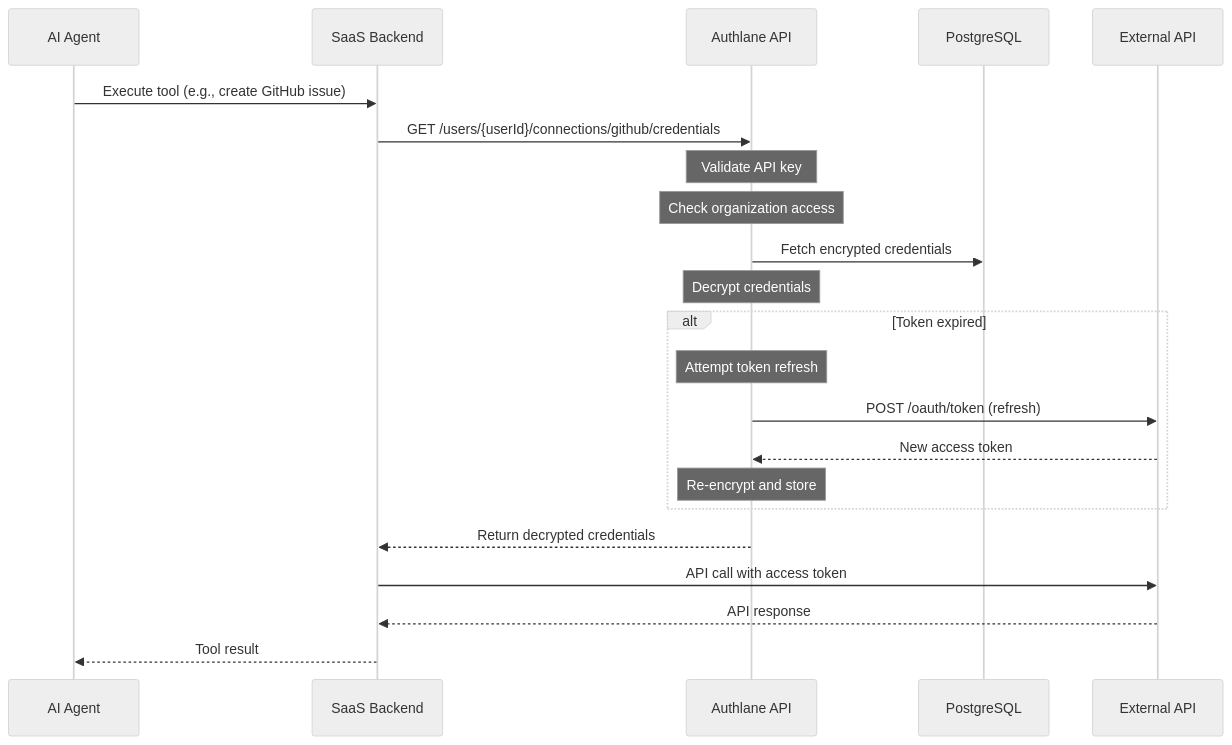
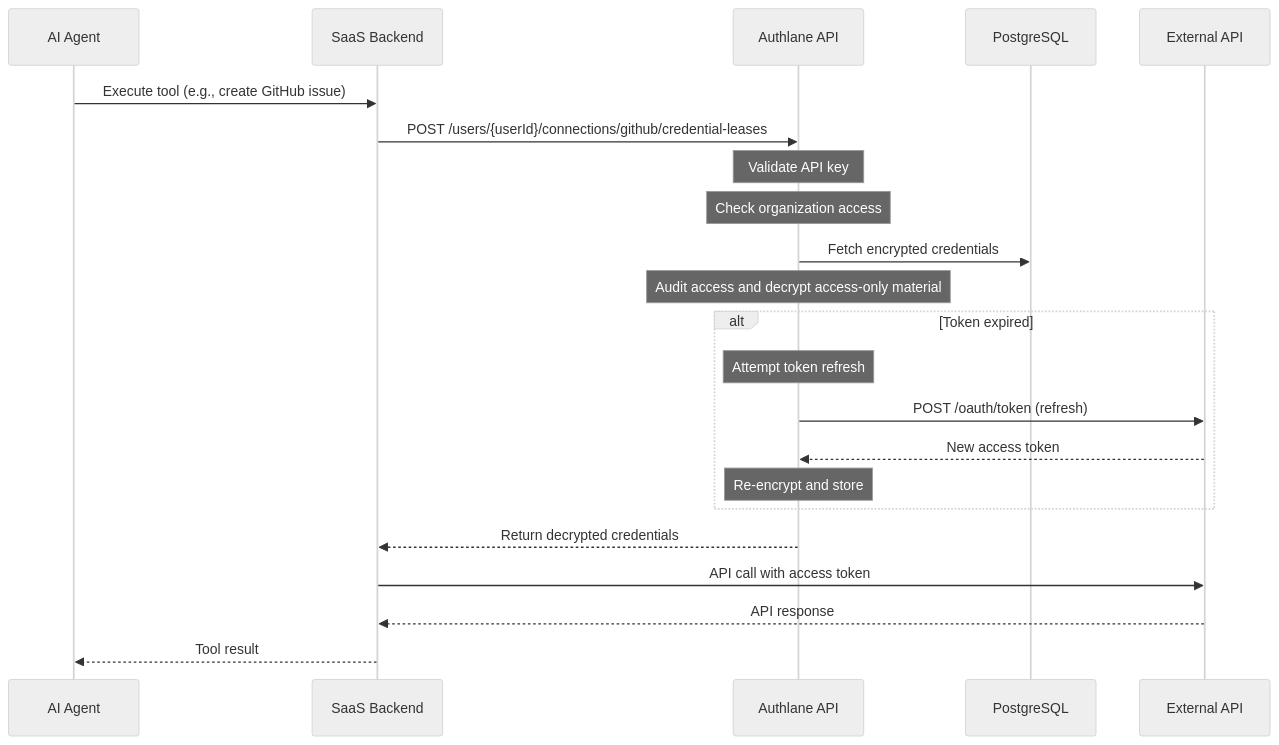
Before and after one commit to DXHeroes/authlane: the second of 9 diagrams in spec/01-architecture/data-flow.md, drawn with Mermaid (neutral theme). The commit also changed other lines of this file and 60 other files, not shown here.

````diff
--- a/spec/01-architecture/data-flow.md
+++ b/spec/01-architecture/data-flow.md
@@ -51,30 +51,30 @@
 ```mermaid
 sequenceDiagram
     participant Agent as AI Agent
     participant SaaS as SaaS Backend
     participant Authlane as Authlane API
     participant DB as PostgreSQL
     participant External as External API
 
     Agent->>SaaS: Execute tool (e.g., create GitHub issue)
-    SaaS->>Authlane: GET /users/{userId}/connections/github/credentials
+    SaaS->>Authlane: POST /users/{userId}/connections/github/credential-leases
 
     Note over Authlane: Validate API key
     Note over Authlane: Check organization access
 
     Authlane->>DB: Fetch encrypted credentials
 
-    Note over Authlane: Decrypt credentials
+    Note over Authlane: Audit access and decrypt access-only material
 
     alt Token expired
         Note over Authlane: Attempt token refresh
         Authlane->>External: POST /oauth/token (refresh)
         External-->>Authlane: New access token
         Note over Authlane: Re-encrypt and store
     end
 
     Authlane-->>SaaS: Return decrypted credentials
     SaaS->>External: API call with access token
     External-->>SaaS: API response
     SaaS-->>Agent: Tool result
 ```
````
